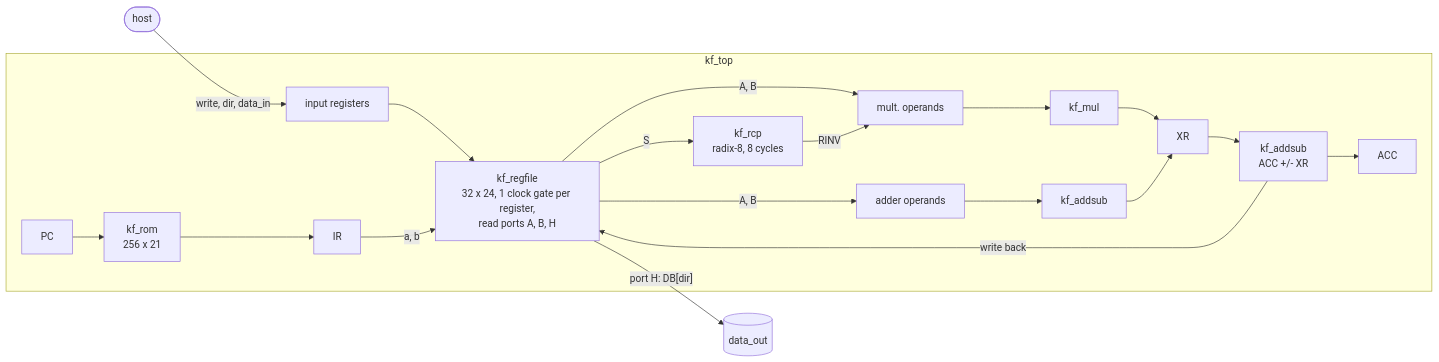
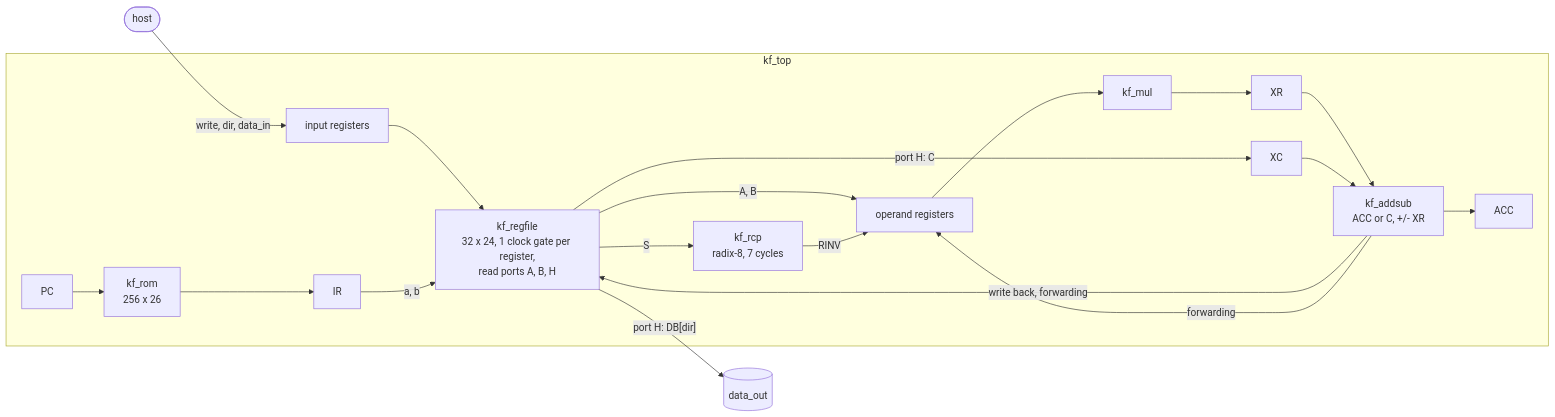
Before and after one commit to gh0stintheshe11/Kalman-Filter-ASIC: the diagram in docs/architecture.md, drawn with Mermaid. The commit also changed other lines of this file and 11 other files, not shown here.

````diff
--- a/docs/architecture.md
+++ b/docs/architecture.md
@@ -15,18 +16,18 @@
 ```mermaid
 flowchart LR
     host([host]) -- "write, dir, data_in" --> HIF["input registers"]
     subgraph kf_top
         HIF --> RF
-        PC["PC"] --> ROM["kf_rom<br/>256 x 21"] --> IR["IR"]
+        PC["PC"] --> ROM["kf_rom<br/>256 x 26"] --> IR["IR"]
         IR -- "a, b" --> RF["kf_regfile<br/>32 x 24, 1 clock gate per register,<br/>read ports A, B, H"]
-        RF -- "A, B" --> MOP["mult. operands"] --> MUL["kf_mul"]
-        RF -- "A, B" --> AOP["adder operands"] --> ALU["kf_addsub"]
-        RF -- "S" --> RCP["kf_rcp<br/>radix-8, 8 cycles"]
-        RCP -- "RINV" --> MOP
-        MUL --> XR["XR"]
-        ALU --> XR
-        XR --> WB["kf_addsub<br/>ACC +/- XR"] --> ACC["ACC"]
-        WB -- "write back" --> RF
+        RF -- "A, B" --> MOP["operand registers"] --> MUL["kf_mul"] --> XR["XR"]
+        RCP["kf_rcp<br/>radix-8, 7 cycles"] -- "RINV" --> MOP
+        RF -- "port H: C" --> XC["XC"]
+        XR --> WB["kf_addsub<br/>ACC or C, +/- XR"] --> ACC["ACC"]
+        XC --> WB
+        WB -- "write back, forwarding" --> RF
+        WB -- "forwarding" --> MOP
+        RF -- "S" --> RCP
     end
     RF -- "port H: DB[dir]" --> DOUT[(data_out)]
 ```
````
